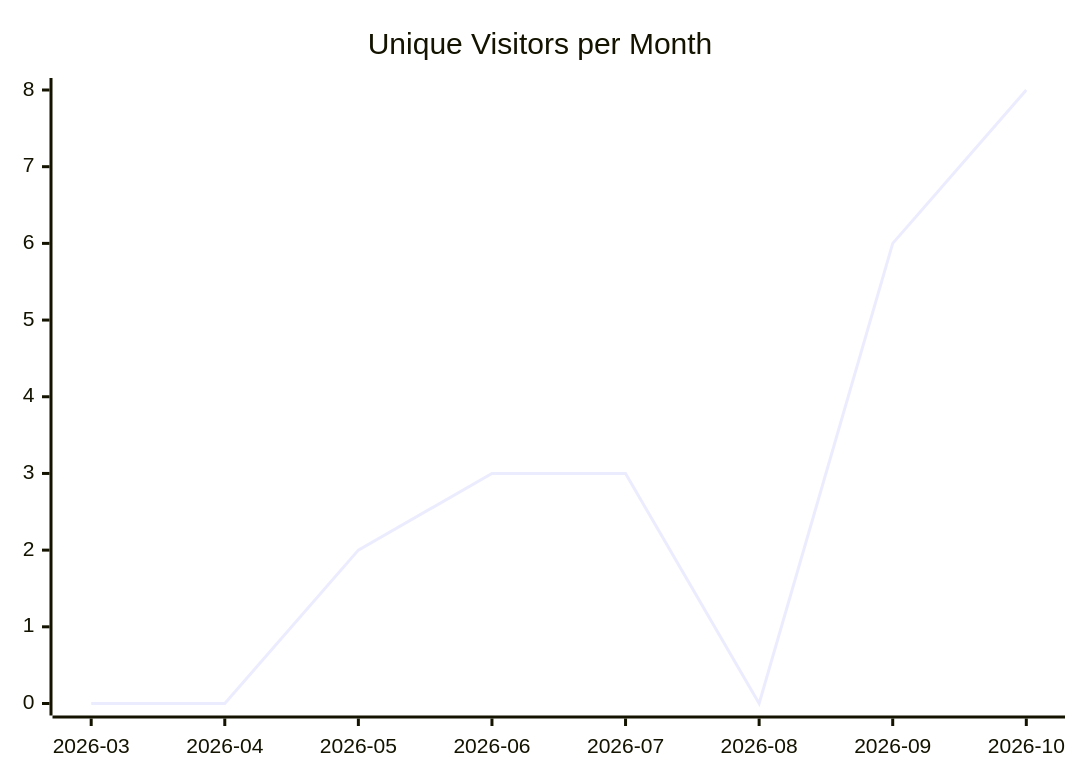
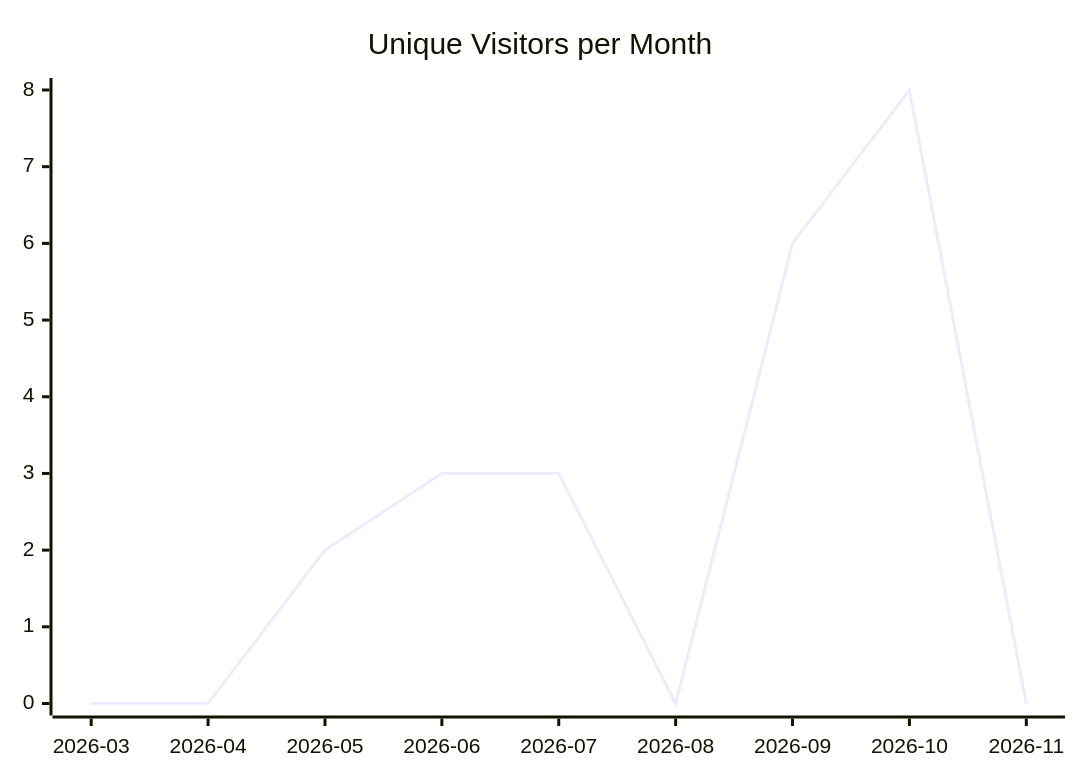
The first of 3 diagrams in karlmdavis/justdavis-karl/README.md (justdavis-family/github-analytics-data), drawn with Mermaid before and after one commit. The commit also changed other lines of this file and 201 other files, not shown here.

````diff
--- a/karlmdavis/justdavis-karl/README.md
+++ b/karlmdavis/justdavis-karl/README.md
@@ -5,6 +5,6 @@
 ```mermaid
 xychart-beta
   title "Unique Visitors per Month"
-  x-axis ["2026-03", "2026-04", "2026-05", "2026-06", "2026-07", "2026-08", "2026-09", "2026-10"]
-  line [0, 0, 2, 3, 3, 0, 6, 8]
+  x-axis ["2026-03", "2026-04", "2026-05", "2026-06", "2026-07", "2026-08", "2026-09", "2026-10", "2026-11"]
+  line [0, 0, 2, 3, 3, 0, 6, 8, 0]
 ```
````
